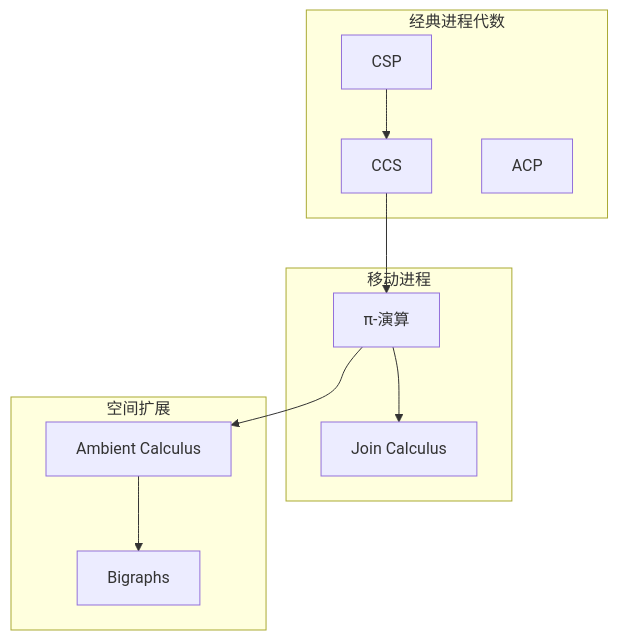
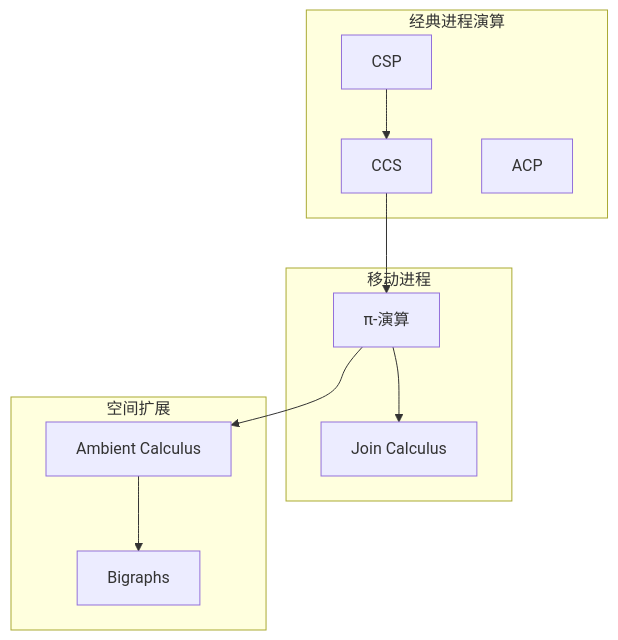
The first of 2 diagrams in formal-methods/99-references/by-topic/process-algebra.md (AdaMartin18010/AnalysisDataFlow), drawn with Mermaid before and after one commit. The commit also changed other lines of this file and 129 other files, not shown here.

````diff
--- a/formal-methods/99-references/by-topic/process-algebra.md
+++ b/formal-methods/99-references/by-topic/process-algebra.md
@@ -40,24 +40,24 @@
 ```mermaid
 graph TB
-    subgraph "经典进程代数"
+    subgraph "经典进程演算"
         CSP[CSP]
         CCS[CCS]
         ACP[ACP]
     end
 
     subgraph "移动进程"
         PI[π-演算]
         JOIN[Join Calculus]
     end
 
     subgraph "空间扩展"
         AMBIENT[Ambient Calculus]
         BIGRAPH[Bigraphs]
     end
 
     CSP --> CCS
     CCS --> PI
     PI --> JOIN
     PI --> AMBIENT
     AMBIENT --> BIGRAPH
 ```
````
